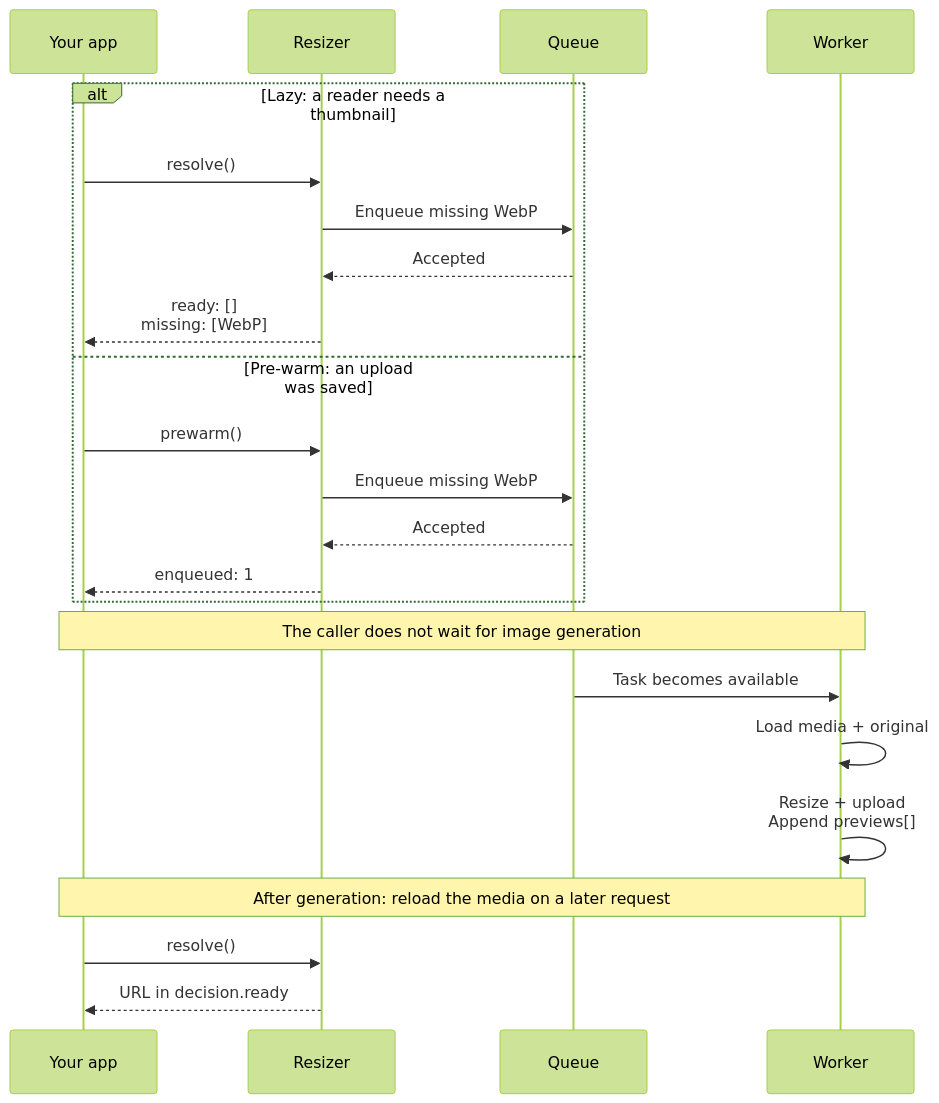
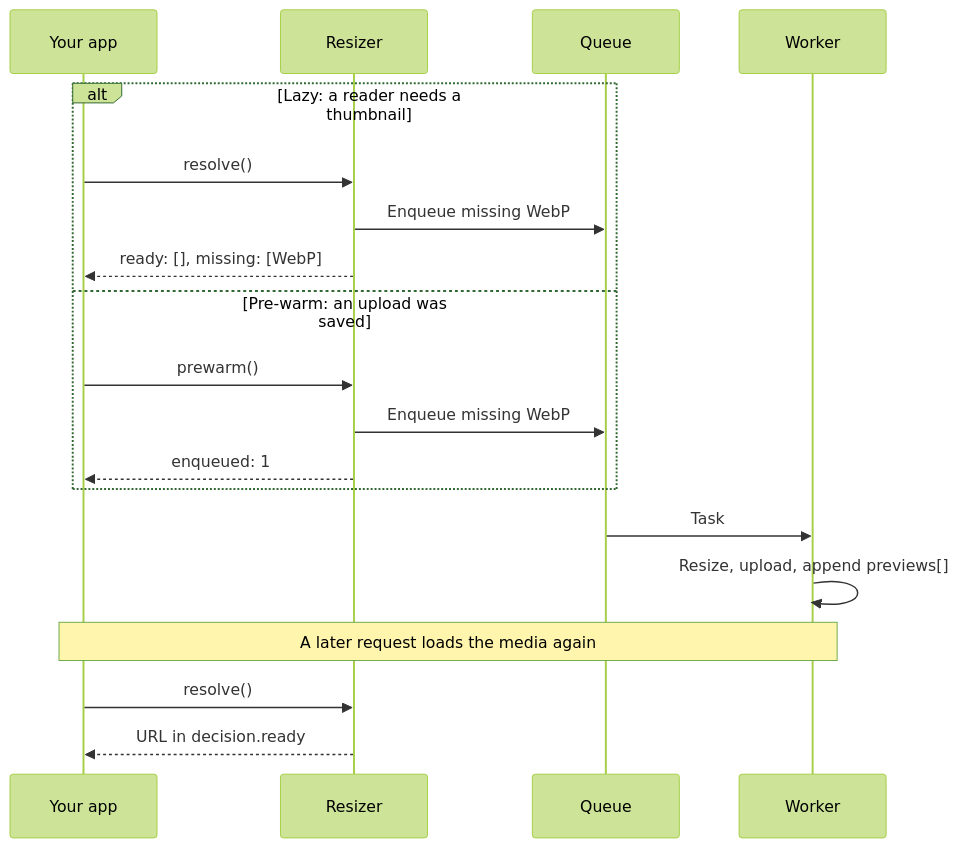
One commit to adaptivestone/framework-documentation changed the second of 2 diagrams in docs/12-resize.md. Above: the diagram before and after it, drawn with Mermaid (forest theme). The commit also changed other lines of this file, not shown here.

First line of the commit message:
docs(resize): rewrite the resize guide to half its length

````diff
--- a/docs/12-resize.md
+++ b/docs/12-resize.md
@@ -555,27 +295,23 @@
 ```mermaid
 sequenceDiagram
   accTitle: Queueing and background generation are separate
-  accDescr: Resolve on a read or prewarm after upload enqueues a missing thumbnail and returns its own result without waiting for generation. A separate worker takes the task, creates the preview, and saves metadata. A later resolve with freshly loaded media returns a ready URL.
+  accDescr: Resolve on a read or prewarm after upload enqueues a missing thumbnail and returns without waiting for generation. A separate worker takes the task, creates the preview, and saves metadata. A later resolve with freshly loaded media returns a ready URL.
   participant App as Your app
   participant Resizer
   participant Queue
   participant Worker
   alt Lazy: a reader needs a thumbnail
     App->>Resizer: resolve()
     Resizer->>Queue: Enqueue missing WebP
-    Queue-->>Resizer: Accepted
-    Resizer-->>App: ready: []<br/>missing: [WebP]
+    Resizer-->>App: ready: [], missing: [WebP]
   else Pre-warm: an upload was saved
     App->>Resizer: prewarm()
     Resizer->>Queue: Enqueue missing WebP
-    Queue-->>Resizer: Accepted
     Resizer-->>App: enqueued: 1
   end
-  Note over App,Worker: The caller does not wait for image generation
-  Queue->>Worker: Task becomes available
-  Worker->>Worker: Load media + original
-  Worker->>Worker: Resize + upload<br/>Append previews[]
-  Note over App,Worker: After generation: reload the media on a later request
+  Queue->>Worker: Task
+  Worker->>Worker: Resize, upload, append previews[]
+  Note over App,Worker: A later request loads the media again
   App->>Resizer: resolve()
   Resizer-->>App: URL in decision.ready
 ```
````
